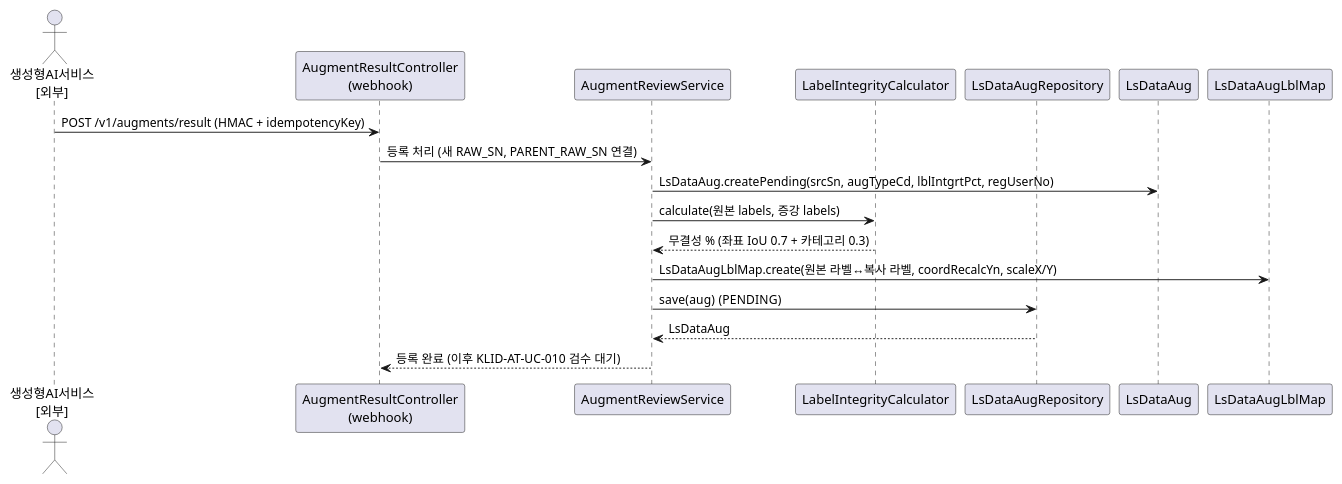
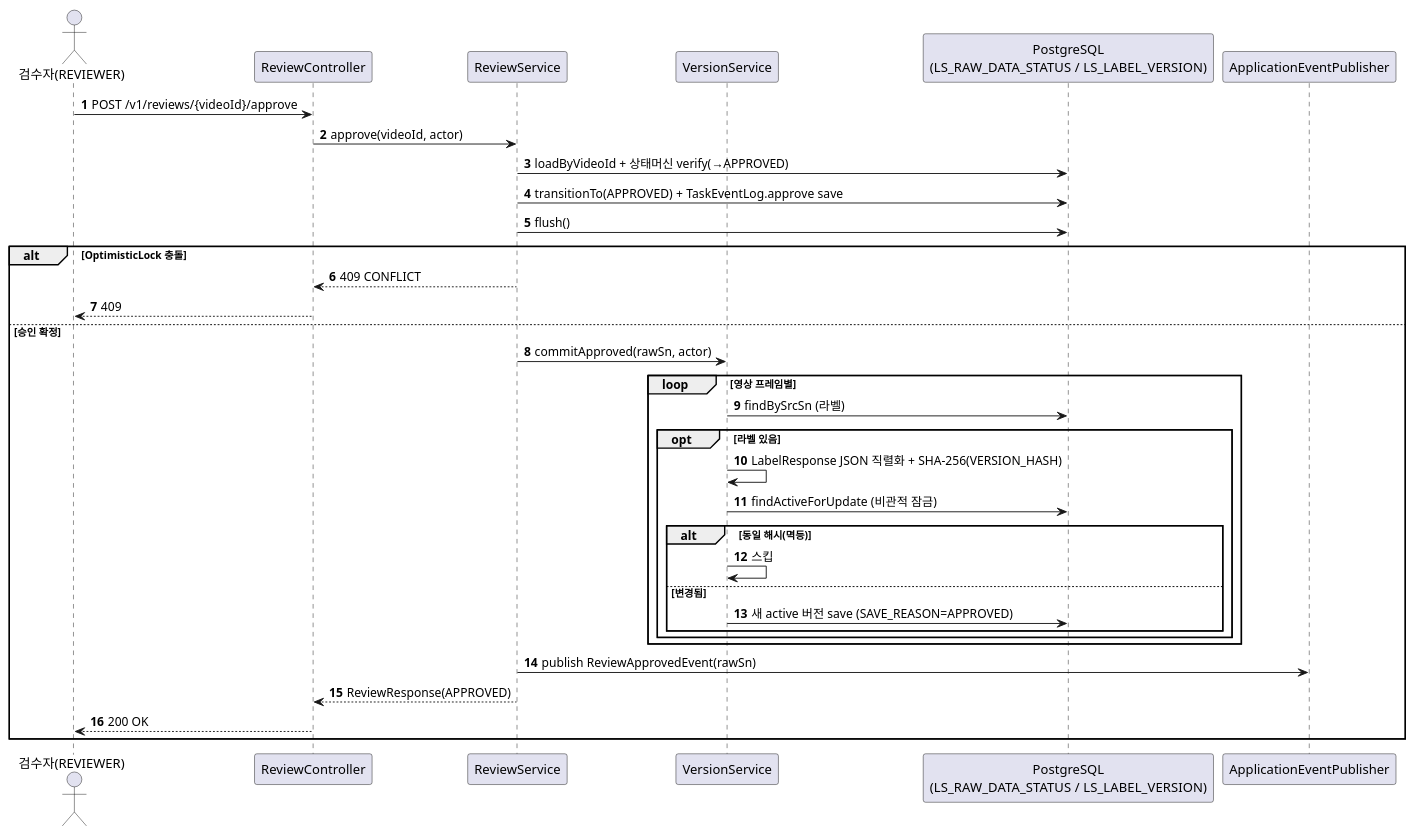
Before and after one commit to New-stella/klid-label: the eighth of 18 diagrams in docs/design/D1-클래스설계서.md, drawn with PlantUML. The commit also changed other lines of this file and 36 other files, not shown here.

````diff
--- a/docs/design/D1-클래스설계서.md
+++ b/docs/design/D1-클래스설계서.md
@@ -196,21 +428,38 @@
 ```plantuml
 @startuml
-actor "생성형AI서비스\n[외부]" as GEN
-participant "AugmentResultController\n(webhook)" as WH
-participant "AugmentReviewService" as S
-participant "LabelIntegrityCalculator" as CALC
-participant "LsDataAugRepository" as R
-participant "LsDataAug" as E
-participant "LsDataAugLblMap" as M
+autonumber
+actor "검수자(REVIEWER)" as RV
+participant "ReviewController" as RC
+participant "ReviewService" as RS
+participant "VersionService" as VS
+participant "PostgreSQL\n(LS_RAW_DATA_STATUS / LS_LABEL_VERSION)" as DB
+participant "ApplicationEventPublisher" as EP
 
-GEN -> WH : POST /v1/augments/result (HMAC + idempotencyKey)
-WH -> S : 등록 처리 (새 RAW_SN, PARENT_RAW_SN 연결)
-S -> E : LsDataAug.createPending(srcSn, augTypeCd, lblIntgrtPct, regUserNo)
-S -> CALC : calculate(원본 labels, 증강 labels)
-CALC --> S : 무결성 % (좌표 IoU 0.7 + 카테고리 0.3)
-S -> M : LsDataAugLblMap.create(원본 라벨↔복사 라벨, coordRecalcYn, scaleX/Y)
-S -> R : save(aug)  (PENDING)
-R --> S : LsDataAug
-S --> WH : 등록 완료 (이후 KLID-AT-UC-010 검수 대기)
+RV -> RC : POST /v1/reviews/{videoId}/approve
+RC -> RS : approve(videoId, actor)
+RS -> DB : loadByVideoId + 상태머신 verify(→APPROVED)
+RS -> DB : transitionTo(APPROVED) + TaskEventLog.approve save
+RS -> DB : flush()
+alt OptimisticLock 충돌
+  RS --> RC : 409 CONFLICT
+  RC --> RV : 409
+else 승인 확정
+  RS -> VS : commitApproved(rawSn, actor)
+  loop 영상 프레임별
+    VS -> DB : findBySrcSn (라벨)
+    opt 라벨 있음
+      VS -> VS : LabelResponse JSON 직렬화 + SHA-256(VERSION_HASH)
+      VS -> DB : findActiveForUpdate (비관적 잠금)
+      alt 동일 해시(멱등)
+        VS -> VS : 스킵
+      else 변경됨
+        VS -> DB : 새 active 버전 save (SAVE_REASON=APPROVED)
+      end
+    end
+  end
+  RS -> EP : publish ReviewApprovedEvent(rawSn)
+  RS --> RC : ReviewResponse(APPROVED)
+  RC --> RV : 200 OK
+end
 @enduml
 ```
````
